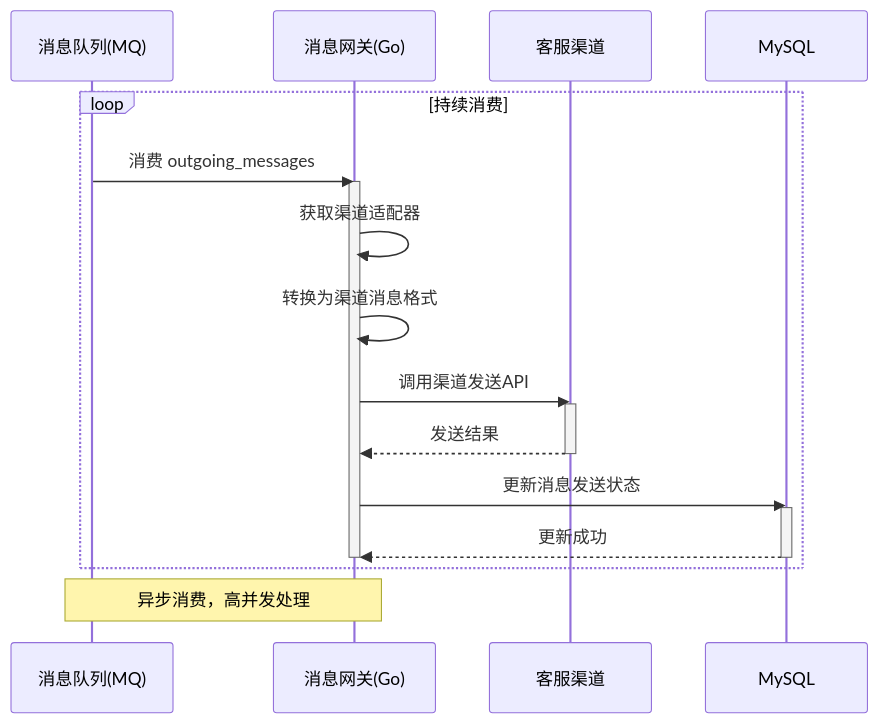
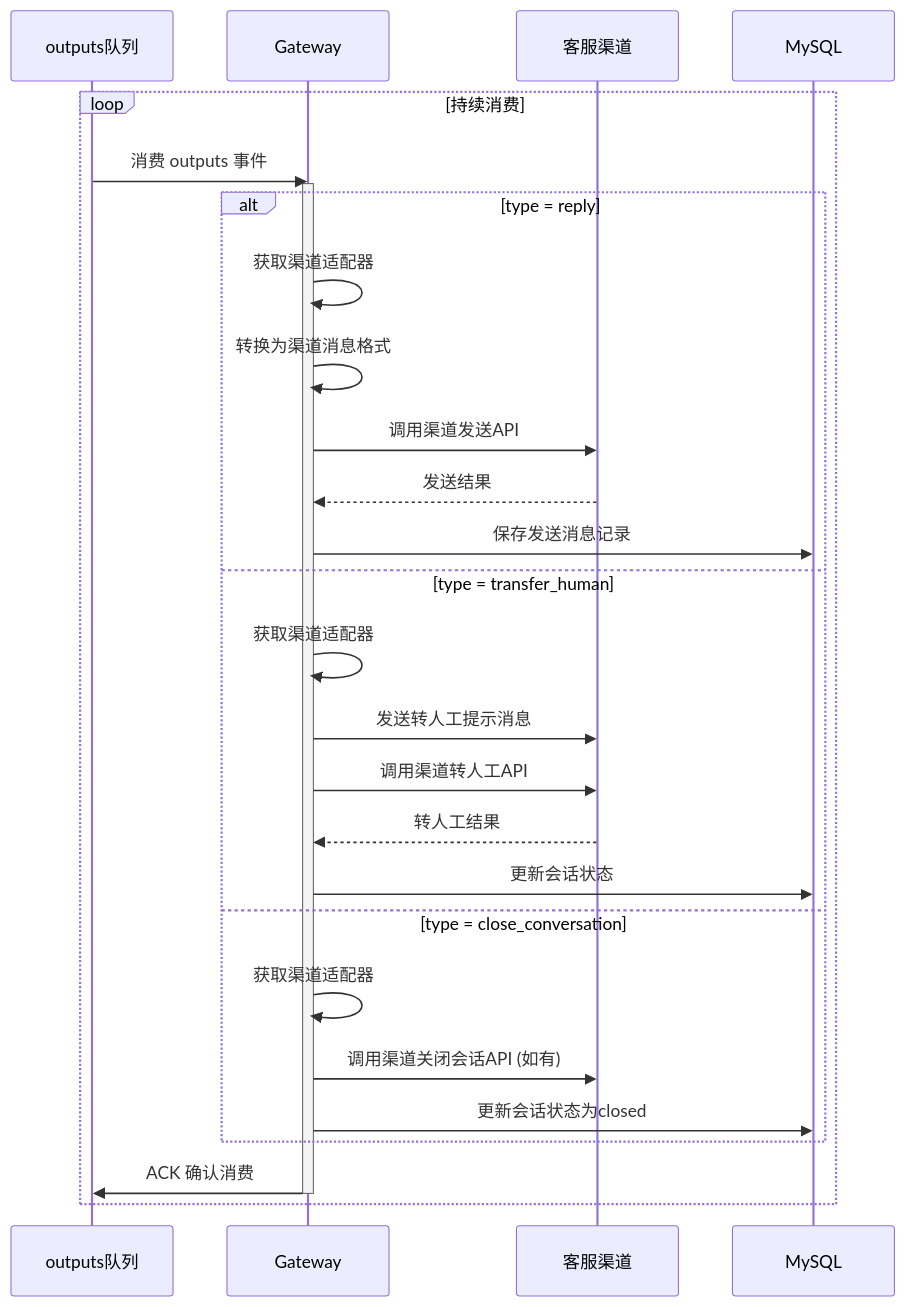
Before and after one commit to liushoukun/huizhida-chatbot: the fifth of 18 diagrams in docs/requirements.md, drawn with Mermaid. The commit also changed other lines of this file and 33 other files, not shown here.

````diff
--- a/docs/requirements.md
+++ b/docs/requirements.md
@@ -529,25 +541,35 @@
 ```mermaid
 sequenceDiagram
-    participant Q as 消息队列(MQ)
-    participant G as 消息网关(Go)
-    participant P as 客服渠道
-    participant S as MySQL
+    participant Q as outputs队列
+    participant G as Gateway
+    participant C as 客服渠道
+    participant DB as MySQL
 
     loop 持续消费
-        Q->>G: 消费 outgoing_messages
+        Q->>G: 消费 outputs 事件
         activate G
-        G->>G: 获取渠道适配器
-        G->>G: 转换为渠道消息格式
-        G->>P: 调用渠道发送API
-        activate P
-        P-->>G: 发送结果
-        deactivate P
-        G->>S: 更新消息发送状态
-        activate S
-        S-->>G: 更新成功
-        deactivate S
+        
+        alt type = reply
+            G->>G: 获取渠道适配器
+            G->>G: 转换为渠道消息格式
+            G->>C: 调用渠道发送API
+            C-->>G: 发送结果
+            G->>DB: 保存发送消息记录
+            
+        else type = transfer_human
+            G->>G: 获取渠道适配器
+            G->>C: 发送转人工提示消息
+            G->>C: 调用渠道转人工API
+            C-->>G: 转人工结果
+            G->>DB: 更新会话状态
+            
+        else type = close_conversation
+            G->>G: 获取渠道适配器
+            G->>C: 调用渠道关闭会话API (如有)
+            G->>DB: 更新会话状态为closed
+        end
+        
+        G->>Q: ACK 确认消费
         deactivate G
     end
-
-    Note over Q,G: 异步消费，高并发处理
 ```
````
